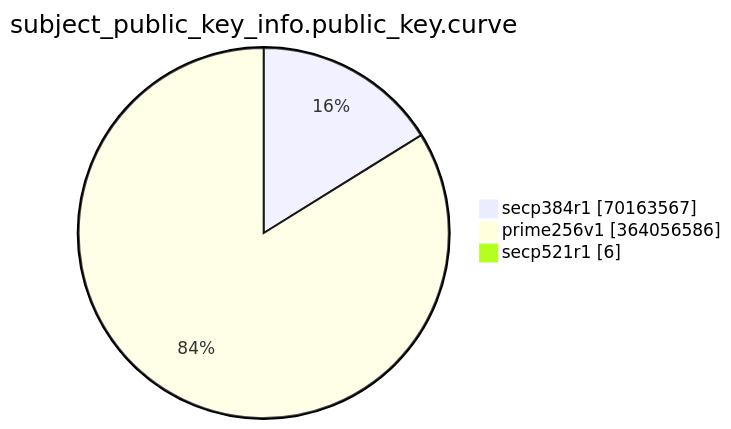
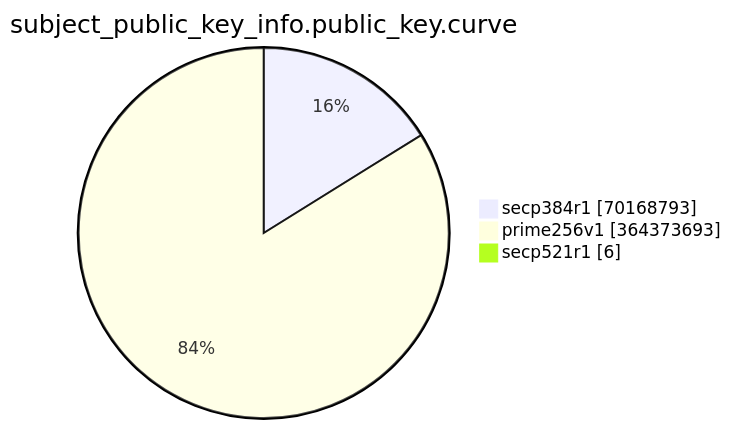
One commit to christiankrug/ctmonitor_visualization changed the eighth of 15 diagrams in TOTAL/README.md. Above: the diagram before and after it, drawn with Mermaid. The commit also changed other lines of this file, not shown here.

````diff
--- a/TOTAL/README.md
+++ b/TOTAL/README.md
@@ -3091,7 +3092,7 @@
 ```mermaid
 pie showData
 title subject_public_key_info.public_key.curve
-"secp384r1" :70163567
-"prime256v1" :364056586
+"secp384r1" :70168793
+"prime256v1" :364373693
 "secp521r1" :6
 ```
````
